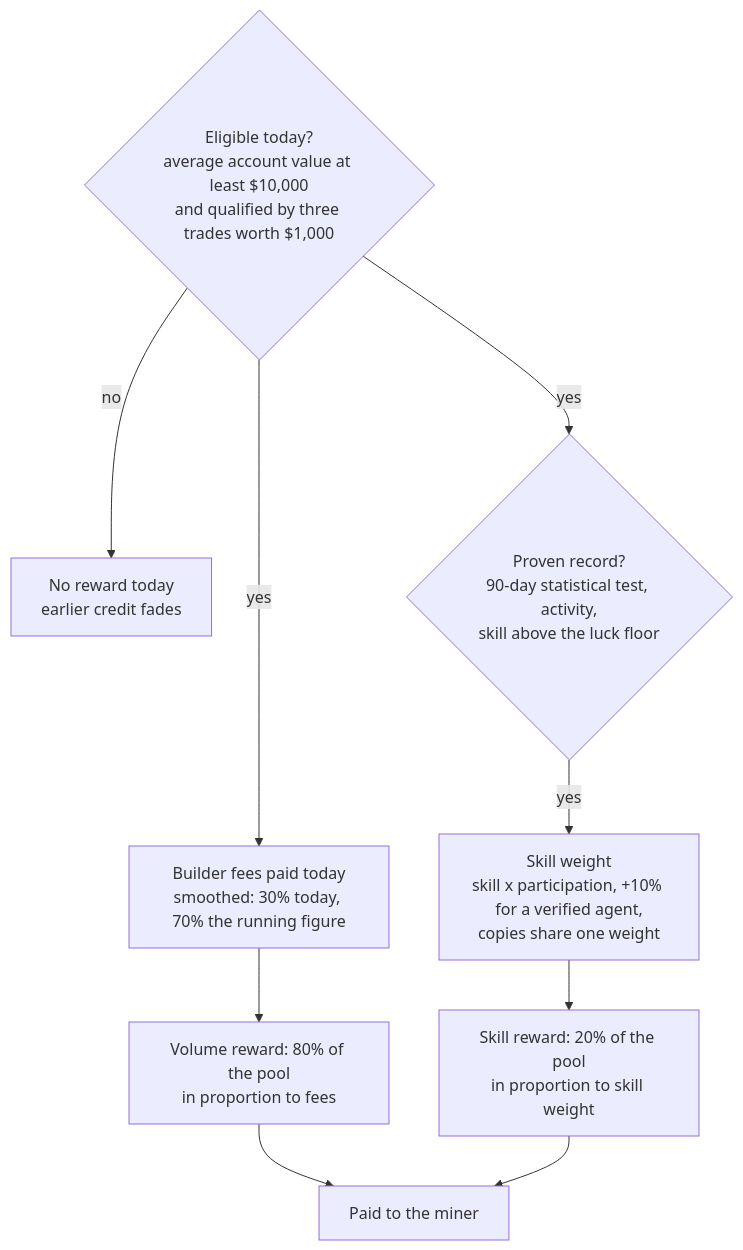
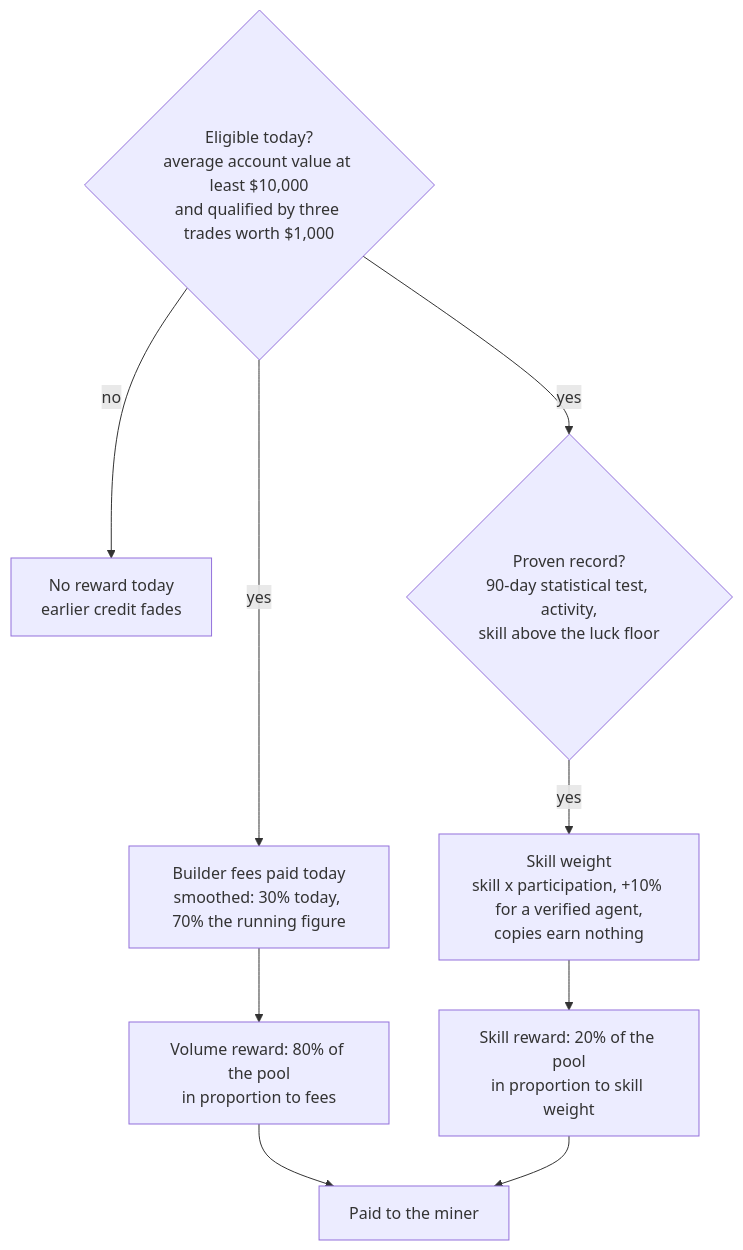
The third of 3 diagrams in docs/whitepaper.md (kokoahdotcom/kokoah-subnet), drawn with Mermaid before and after one commit. The commit also changed other lines of this file and 9 other files, not shown here.

````diff
--- a/docs/whitepaper.md
+++ b/docs/whitepaper.md
@@ -127,11 +127,11 @@
 ```mermaid
 flowchart TD
   E{Eligible today?<br/>average account value at least $10,000<br/>and qualified by three trades worth $1,000} -->|no| Z[No reward today<br/>earlier credit fades]
   E -->|yes| F[Builder fees paid today<br/>smoothed: 30% today, 70% the running figure]
   F --> VP[Volume reward: 80% of the pool<br/>in proportion to fees]
   E -->|yes| S{Proven record?<br/>90-day statistical test, activity,<br/>skill above the luck floor}
-  S -->|yes| W[Skill weight<br/>skill x participation, +10% for a verified agent,<br/>copies share one weight]
+  S -->|yes| W[Skill weight<br/>skill x participation, +10% for a verified agent,<br/>copies earn nothing]
   W --> SP[Skill reward: 20% of the pool<br/>in proportion to skill weight]
   VP --> PAY[Paid to the miner]
   SP --> PAY
 ```
````
